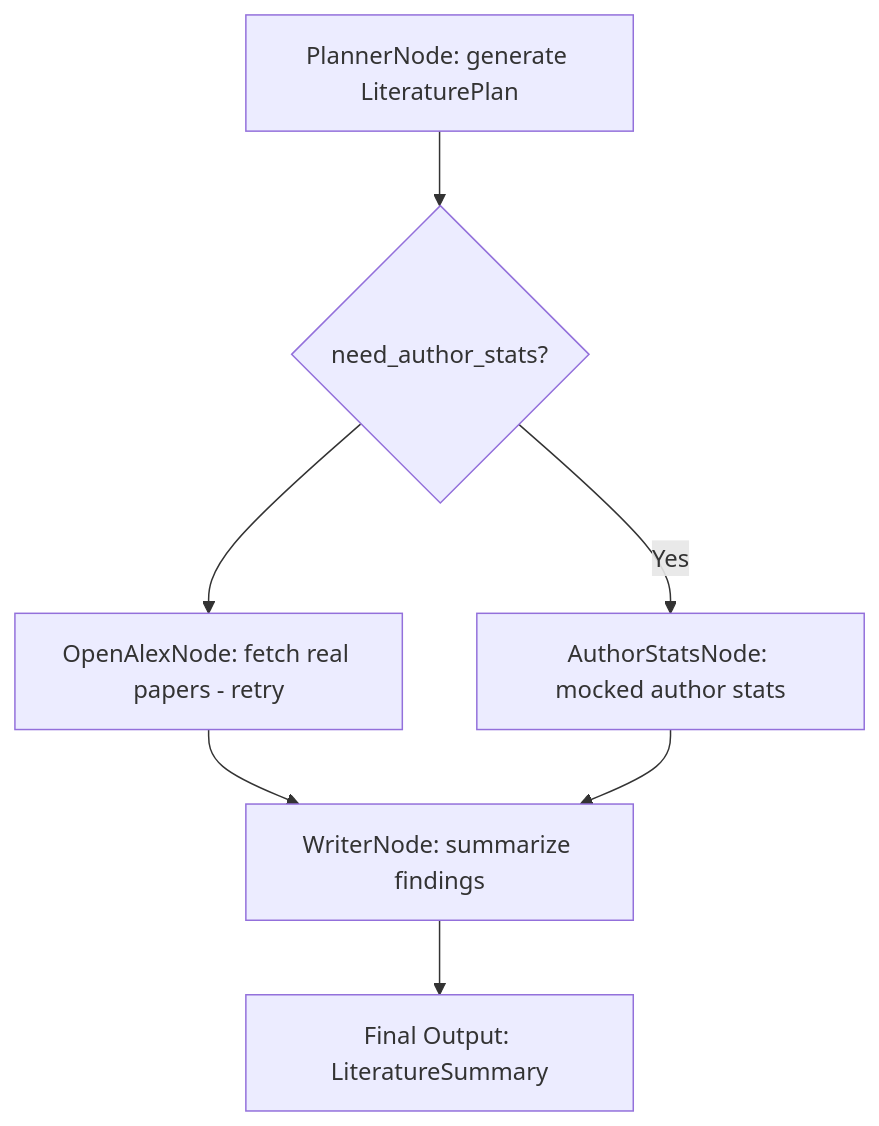
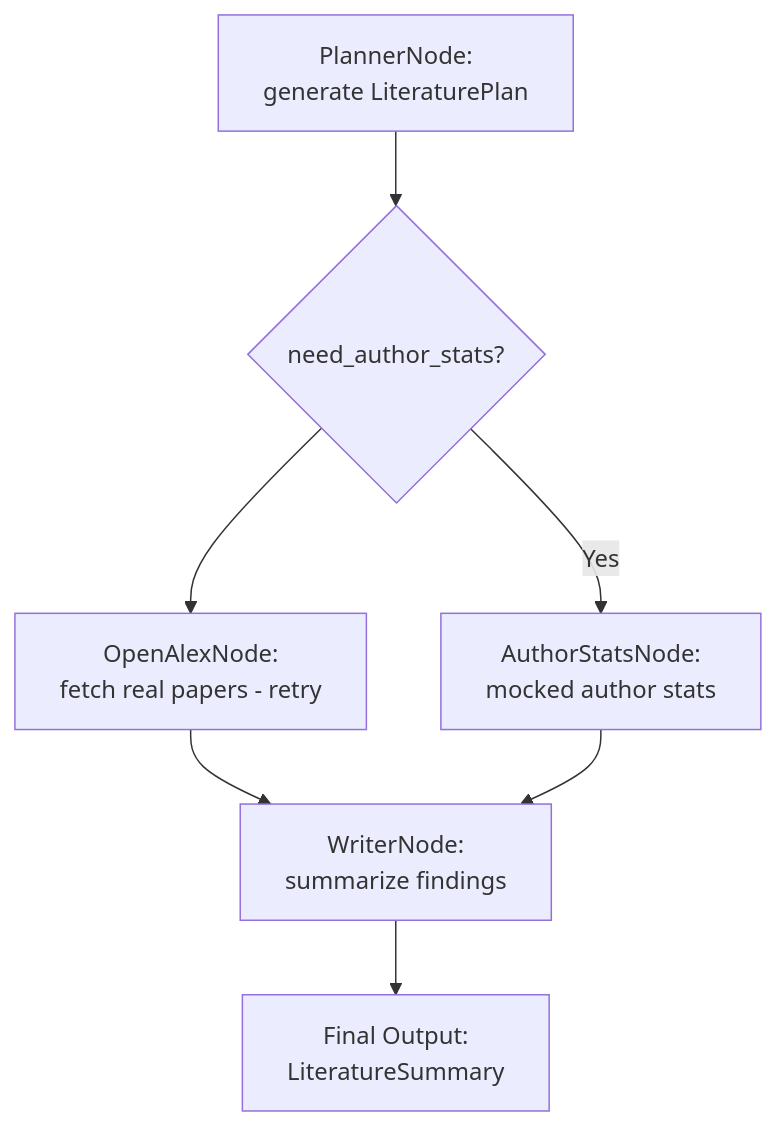
Before and after one commit to JorgeSosa1927/react-agent-streamlit-LLM: the diagram in README.md, drawn with Mermaid.

````diff
--- a/README.md
+++ b/README.md
@@ -104,10 +104,10 @@
 ```mermaid
 graph TD
-  A[PlannerNode: generate LiteraturePlan] --> B{need_author_stats?}
-  B -- Yes --> C[AuthorStatsNode: mocked author stats]
-  B --> D[OpenAlexNode: fetch real papers - retry]
-  D --> E[WriterNode: summarize findings]
+  A[PlannerNode:<br>generate LiteraturePlan] --> B{need_author_stats?}
+  B -- Yes --> C[AuthorStatsNode:<br>mocked author stats]
+  B --> D[OpenAlexNode:<br>fetch real papers - retry]
+  D --> E[WriterNode:<br>summarize findings]
   C --> E
-  E --> F[Final Output: LiteratureSummary]
+  E --> F[Final Output:<br>LiteratureSummary]
 
 ```
````
